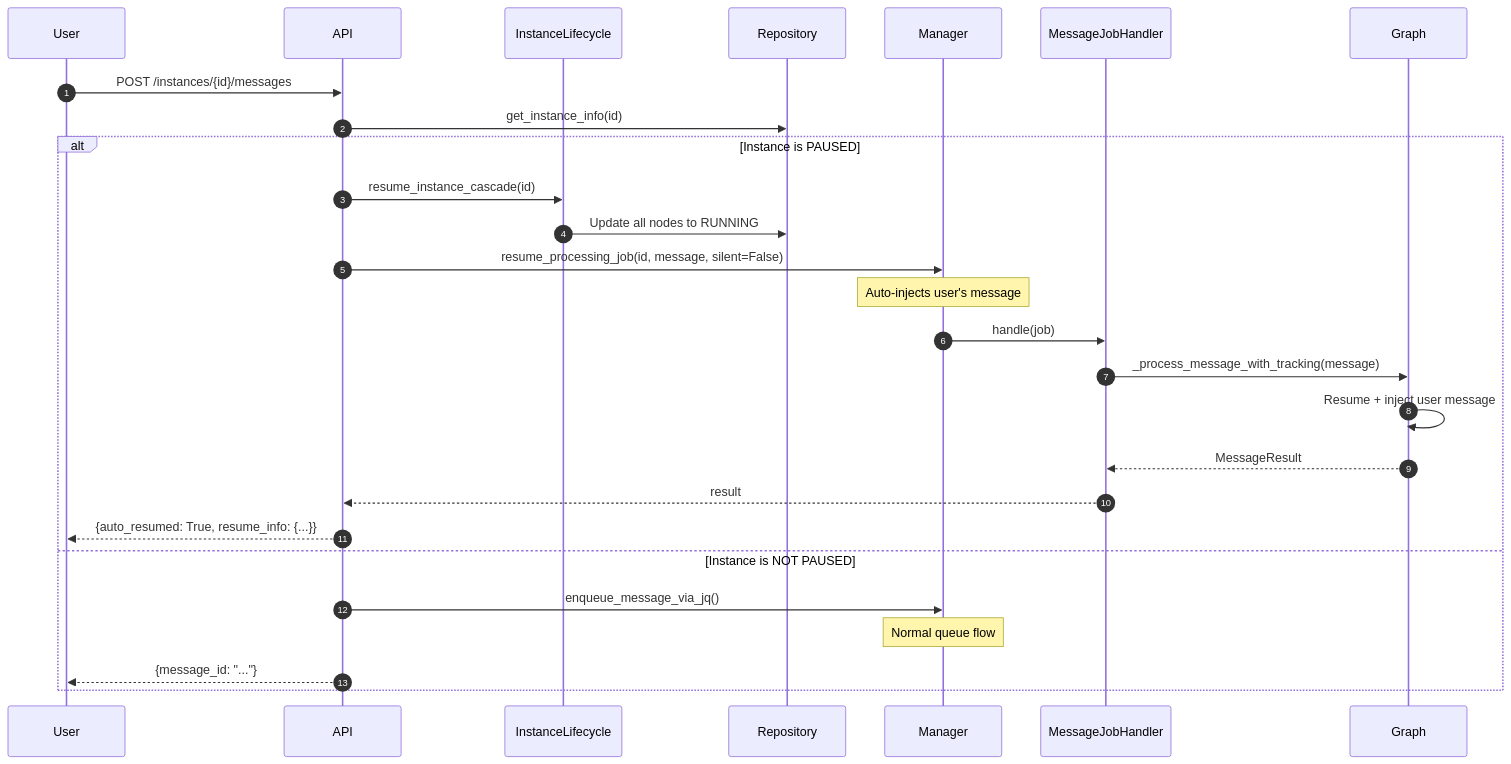
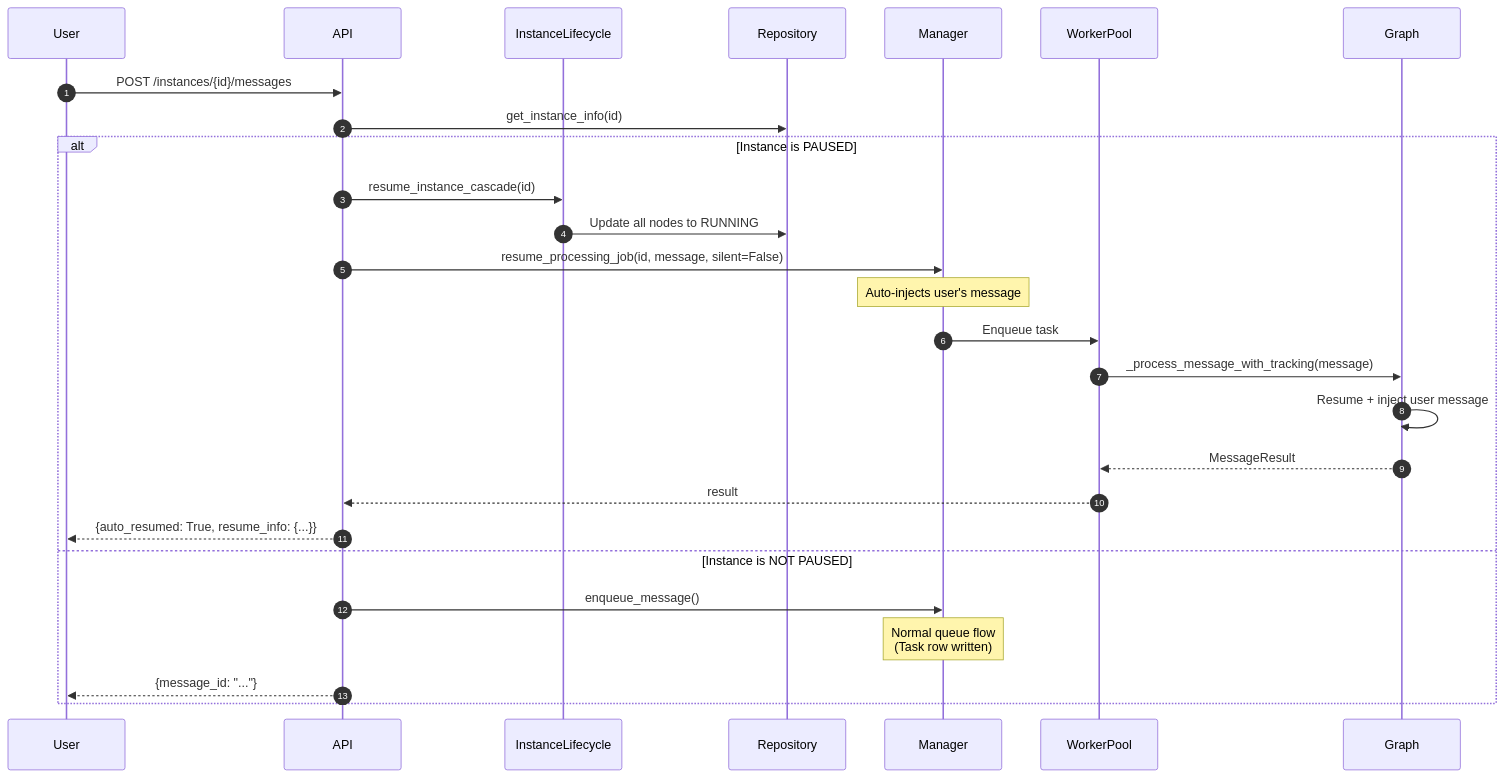
The fifth of 9 diagrams in docs/architecture/job-task-pause-resume.md (disillusioners/ensemble), drawn with Mermaid before and after one commit. The commit also changed other lines of this file and 3 other files, not shown here.

First line of the commit message:
docs(D14,D15,D16): update architecture docs + CHANGELOG for Phase D

````diff
--- a/docs/architecture/job-task-pause-resume.md
+++ b/docs/architecture/job-task-pause-resume.md
@@ -597,30 +605,30 @@
 ```mermaid
 sequenceDiagram
     autonumber
     participant User
     participant API
     participant InstanceLifecycle
     participant Repository
     participant Manager
-    participant MessageJobHandler
+    participant WorkerPool
     participant Graph
 
     User->>API: POST /instances/{id}/messages
     API->>Repository: get_instance_info(id)
     alt Instance is PAUSED
         API->>InstanceLifecycle: resume_instance_cascade(id)
         InstanceLifecycle->>Repository: Update all nodes to RUNNING
         API->>Manager: resume_processing_job(id, message, silent=False)
         Note over Manager: Auto-injects user's message
-        Manager->>MessageJobHandler: handle(job)
-        MessageJobHandler->>Graph: _process_message_with_tracking(message)
+        Manager->>WorkerPool: Enqueue task
+        WorkerPool->>Graph: _process_message_with_tracking(message)
         Graph->>Graph: Resume + inject user message
-        Graph-->>MessageJobHandler: MessageResult
-        MessageJobHandler-->>API: result
+        Graph-->>WorkerPool: MessageResult
+        WorkerPool-->>API: result
         API-->>User: {auto_resumed: True, resume_info: {...}}
     else Instance is NOT PAUSED
-        API->>Manager: enqueue_message_via_jq()
-        Note over Manager: Normal queue flow
+        API->>Manager: enqueue_message()
+        Note over Manager: Normal queue flow<br/>(Task row written)
         API-->>User: {message_id: "..."}
     end
 ```
````
